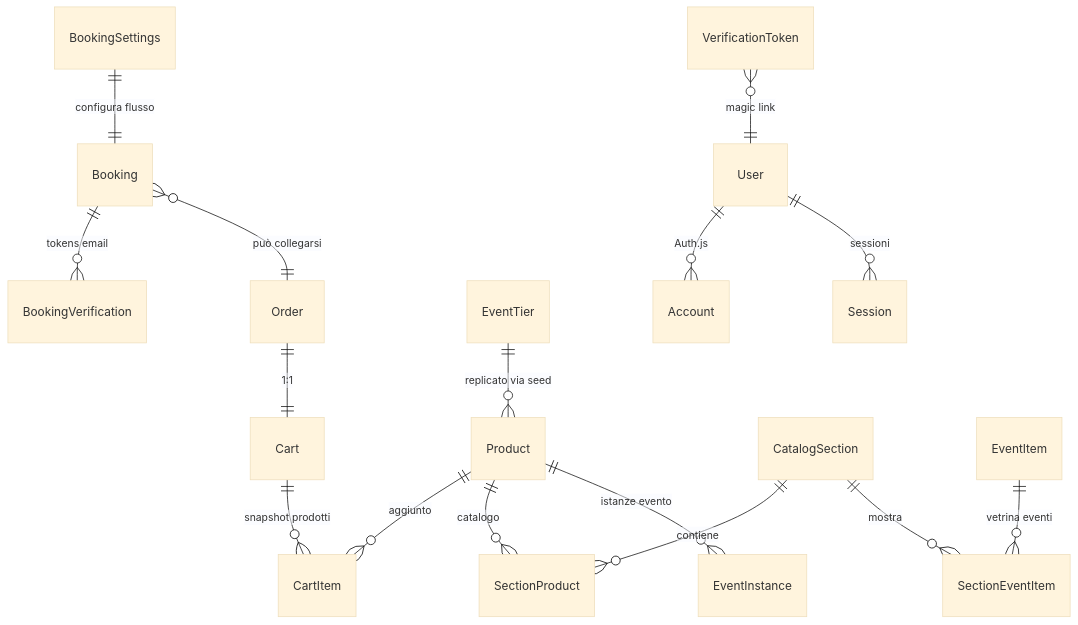
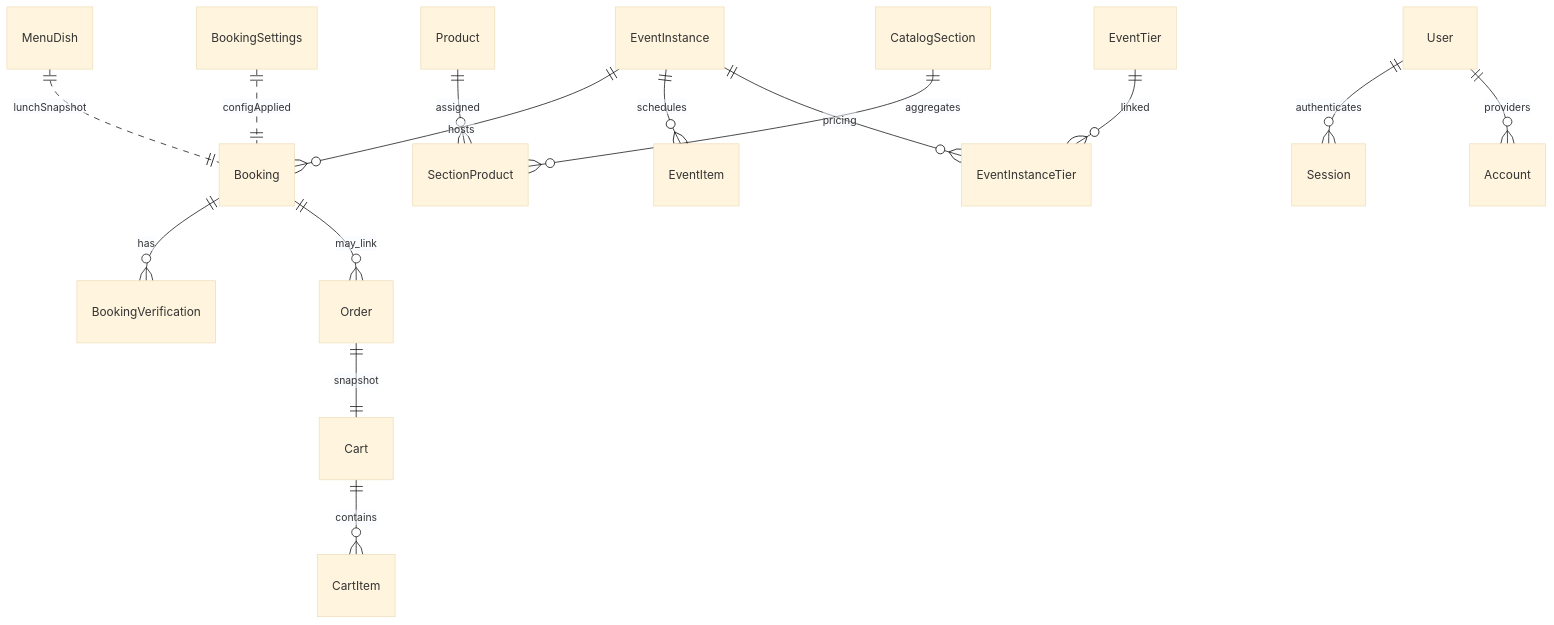
The diagram in docs/BACKEND.md (DanieleMarcon/lasoluzione), drawn with Mermaid (base theme) before and after one commit. The commit also changed other lines of this file and 10 other files, not shown here.

````diff
--- a/docs/BACKEND.md
+++ b/docs/BACKEND.md
@@ -258,18 +611,17 @@
 ```mermaid
 erDiagram
-  Booking ||--o{ BookingVerification : "tokens email"
-  Booking }o--|| Order : "può collegarsi"
-  BookingSettings ||--|| Booking : "configura flusso"
-  Order ||--|| Cart : "1:1"
-  Cart ||--o{ CartItem : "snapshot prodotti"
-  Product ||--o{ CartItem : "aggiunto"
-  Product ||--o{ SectionProduct : "catalogo"
-  CatalogSection ||--o{ SectionProduct : "contiene"
-  Product ||--o{ EventInstance : "istanze evento"
-  EventItem ||--o{ SectionEventItem : "vetrina eventi"
-  CatalogSection ||--o{ SectionEventItem : "mostra"
-  EventTier ||--o{ Product : "replicato via seed"
-  User ||--o{ Account : "Auth.js"
-  User ||--o{ Session : "sessioni"
-  VerificationToken }o--|| User : "magic link"
+  Booking ||--o{ BookingVerification : has
+  Booking ||--o{ Order : may_link
+  Order ||--|| Cart : snapshot
+  Cart ||--o{ CartItem : contains
+  Product ||--o{ SectionProduct : assigned
+  CatalogSection ||--o{ SectionProduct : aggregates
+  EventInstance ||--o{ Booking : hosts
+  EventInstance ||--o{ EventItem : schedules
+  EventInstance ||--o{ EventInstanceTier : pricing
+  EventTier ||--o{ EventInstanceTier : linked
+  MenuDish ||..|| Booking : lunchSnapshot
+  User ||--o{ Session : authenticates
+  User ||--o{ Account : providers
+  BookingSettings ||..|| Booking : configApplied
 ```
````
